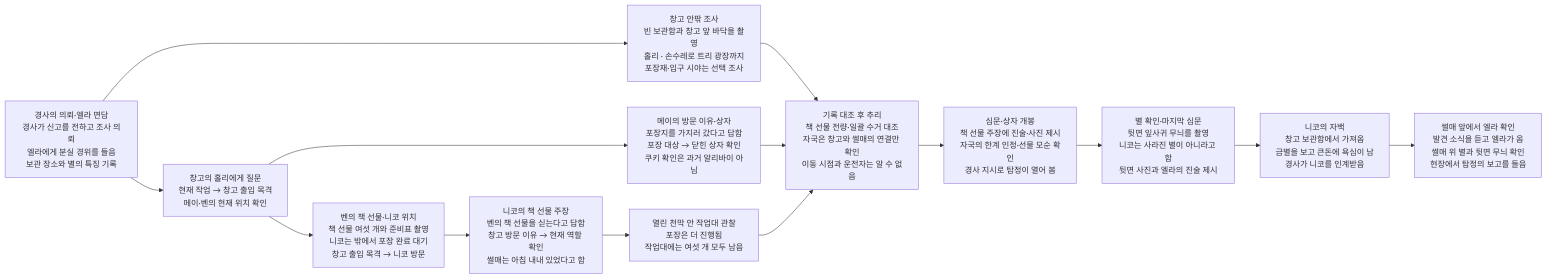
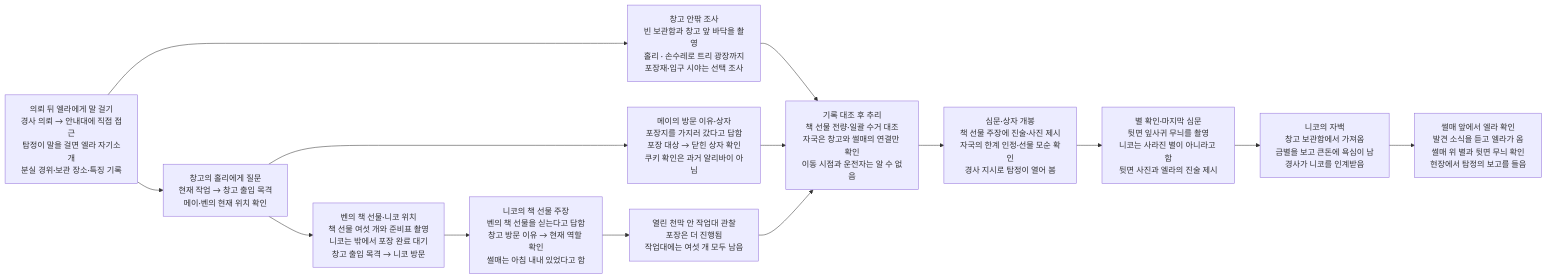
Before and after one commit to wonny95/detective-v2: the second of 2 diagrams in design/case-10-christmas-star.md, drawn with Mermaid. The commit also changed other lines of this file and 2 other files, not shown here.

Commit message:
기획: 탐정이 엘라에게 직접 말을 거는 도입

````diff
--- a/design/case-10-christmas-star.md
+++ b/design/case-10-christmas-star.md
@@ -47,28 +47,28 @@
 ```mermaid
 flowchart LR
-    s1["경사의 의뢰·엘라 면담<br/>경사가 신고를 전하고 조사 의뢰<br/>엘라에게 분실 경위를 들음<br/>보관 장소와 별의 특징 기록"]
+    s1["의뢰 뒤 엘라에게 말 걸기<br/>경사 의뢰 → 안내대에 직접 접근<br/>탐정이 말을 걸면 엘라 자기소개<br/>분실 경위·보관 장소·특징 기록"]
     s2["창고의 홀리에게 질문<br/>현재 작업 → 창고 출입 목격<br/>메이·벤의 현재 위치 확인"]
     s3["창고 안팎 조사<br/>빈 보관함과 창고 앞 바닥을 촬영<br/>홀리 · 손수레로 트리 광장까지<br/>포장재·입구 시야는 선택 조사"]
     s4["메이의 방문 이유·상자<br/>포장지를 가지러 갔다고 답함<br/>포장 대상 → 닫힌 상자 확인<br/>쿠키 확인은 과거 알리바이 아님"]
     s5["벤의 책 선물·니코 위치<br/>책 선물 여섯 개와 준비표 촬영<br/>니코는 밖에서 포장 완료 대기<br/>창고 출입 목격 → 니코 방문"]
     s6["니코의 책 선물 주장<br/>벤의 책 선물을 싣는다고 답함<br/>창고 방문 이유 → 현재 역할 확인<br/>썰매는 아침 내내 있었다고 함"]
     s7["열린 천막 안 작업대 관찰<br/>포장은 더 진행됨<br/>작업대에는 여섯 개 모두 남음"]
     s8["기록 대조 후 추리<br/>책 선물 전량·일괄 수거 대조<br/>자국은 창고와 썰매의 연결만 확인<br/>이동 시점과 운전자는 알 수 없음"]
     s9["심문·상자 개봉<br/>책 선물 주장에 진술·사진 제시<br/>자국의 한계 인정·선물 모순 확인<br/>경사 지시로 탐정이 열어 봄"]
     s10["별 확인·마지막 심문<br/>뒷면 잎사귀 무늬를 촬영<br/>니코는 사라진 별이 아니라고 함<br/>뒷면 사진과 엘라의 진술 제시"]
     s11["니코의 자백<br/>창고 보관함에서 가져옴<br/>금별을 보고 큰돈에 욕심이 남<br/>경사가 니코를 인계받음"]
     s12["썰매 앞에서 엘라 확인<br/>발견 소식을 듣고 엘라가 옴<br/>썰매 위 별과 뒷면 무늬 확인<br/>현장에서 탐정의 보고를 들음"]
     s1 --> s2
     s1 --> s3
     s2 --> s4
     s2 --> s5
     s3 --> s8
     s4 --> s8
     s5 --> s6
     s6 --> s7
     s7 --> s8
     s8 --> s9
     s9 --> s10
     s10 --> s11
     s11 --> s12
 ```
````
